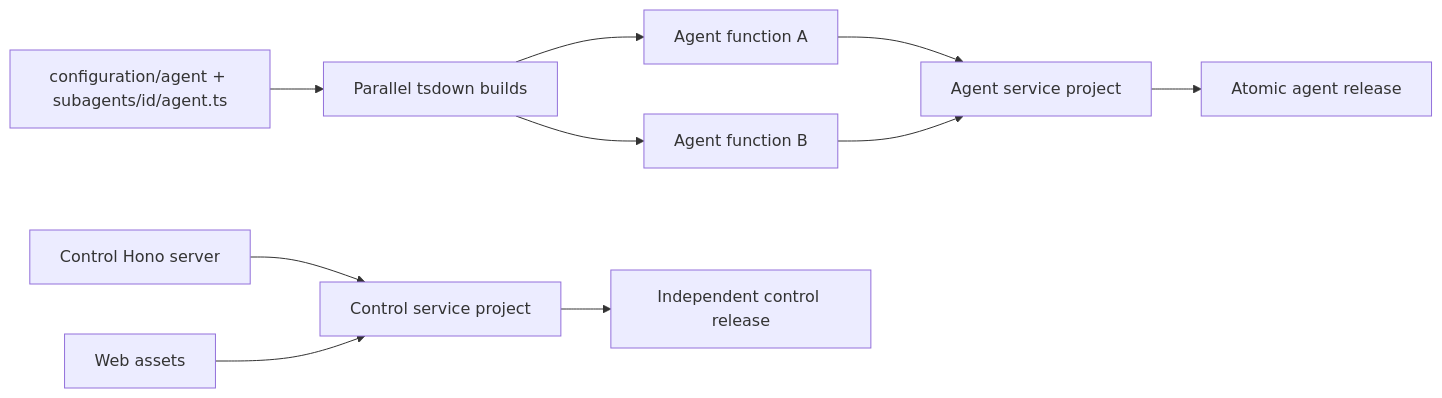
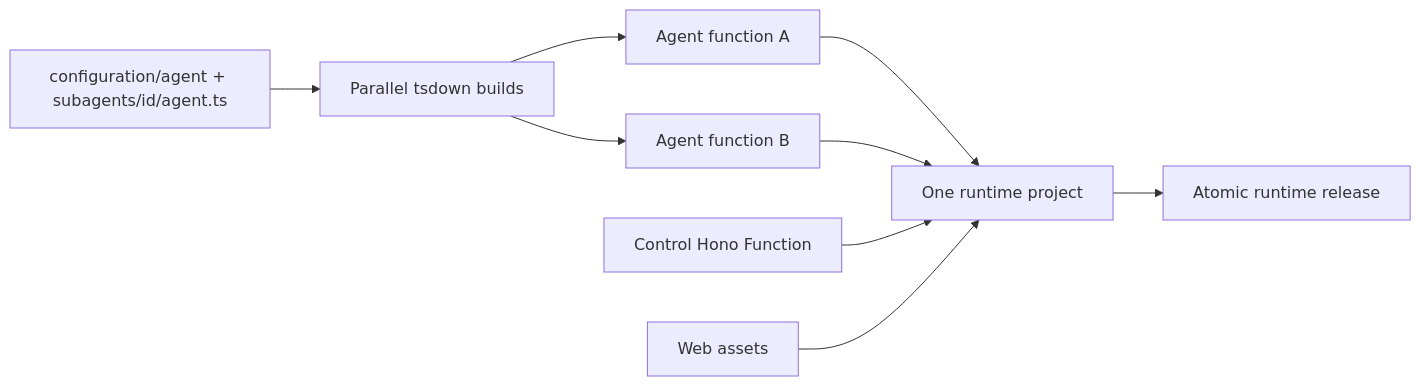
Before and after one commit to trytilde/dispatch: the diagram in docs/adrs/0008-split-control-and-agent-service-artifacts.md, drawn with Mermaid. The commit also changed other lines of this file and 51 other files, not shown here.

````diff
--- a/docs/adrs/0008-split-control-and-agent-service-artifacts.md
+++ b/docs/adrs/0008-split-control-and-agent-service-artifacts.md
@@ -37,12 +37,11 @@
 ```mermaid
 flowchart LR
   C["configuration/agent + subagents/id/agent.ts"] --> B["Parallel tsdown builds"]
   B --> A1["Agent function A"]
   B --> A2["Agent function B"]
-  A1 --> AP["Agent service project"]
-  A2 --> AP
-  S["Control Hono server"] --> CP["Control service project"]
-  W["Web assets"] --> CP
-  AP --> D["Atomic agent release"]
-  CP --> E["Independent control release"]
+  A1 --> RP["One runtime project"]
+  A2 --> RP
+  S["Control Hono Function"] --> RP
+  W["Web assets"] --> RP
+  RP --> D["Atomic runtime release"]
 ```
````
